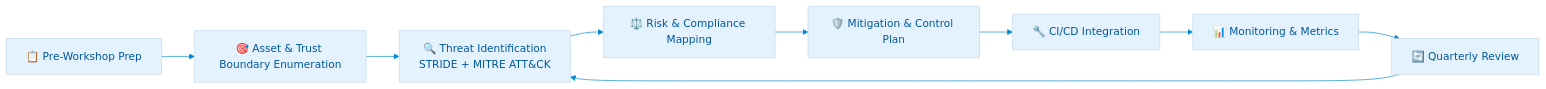
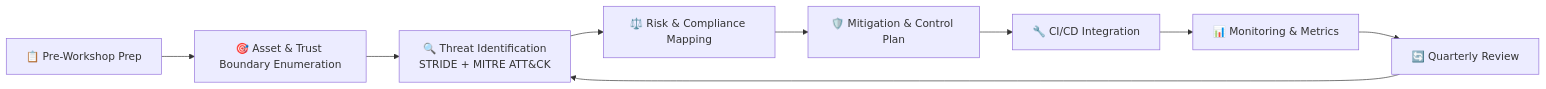
One commit to Hack23/cia-compliance-manager changed diagram 11 of 15 in docs/architecture/THREAT_MODEL.md. Above: the diagram before and after it, drawn with Mermaid. The commit also changed other lines of this file and 18 other files, not shown here.

````diff
--- a/docs/architecture/THREAT_MODEL.md
+++ b/docs/architecture/THREAT_MODEL.md
@@ -741,23 +713,16 @@
 ```mermaid
 %%{
   init: {
-    'theme': 'base',
-    'themeVariables': {
-      'primaryColor': '#e3f2fd',
-      'primaryTextColor': '#01579b',
-      'lineColor': '#0288d1',
-      'secondaryColor': '#f1f8e9',
-      'tertiaryColor': '#fff8e1'
-    }
-  }
+    'theme': 'neutral',
+}
 }%%
 flowchart LR
     PRE[📋 Pre-Workshop Prep] --> ENUM[🎯 Asset & Trust Boundary Enumeration]
     ENUM --> THREATS[🔍 Threat Identification<br/>STRIDE + MITRE ATT&CK]
     THREATS --> MAP[⚖️ Risk & Compliance Mapping]
     MAP --> PLAN[🛡️ Mitigation & Control Plan]
     PLAN --> INTEG[🔧 CI/CD Integration]
     INTEG --> MON[📊 Monitoring & Metrics]
     MON --> REVIEW[🔄 Quarterly Review]
     REVIEW --> THREATS
 ```
````
